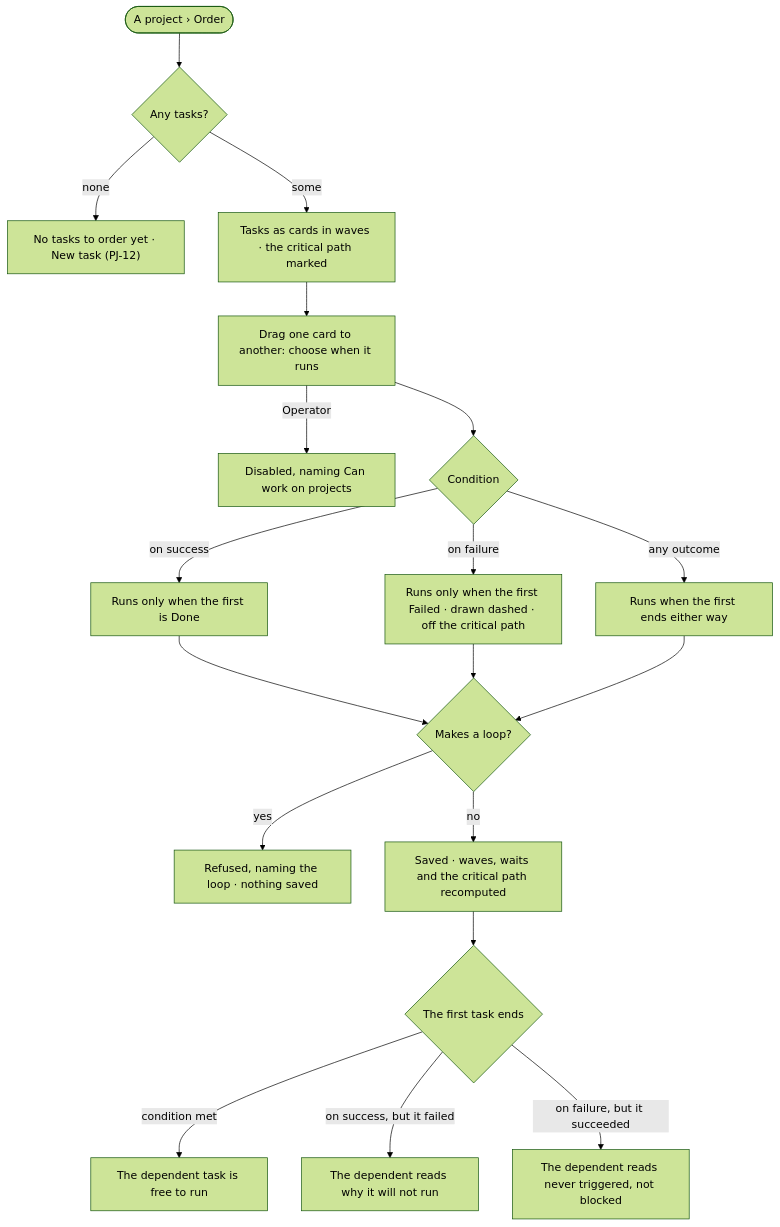
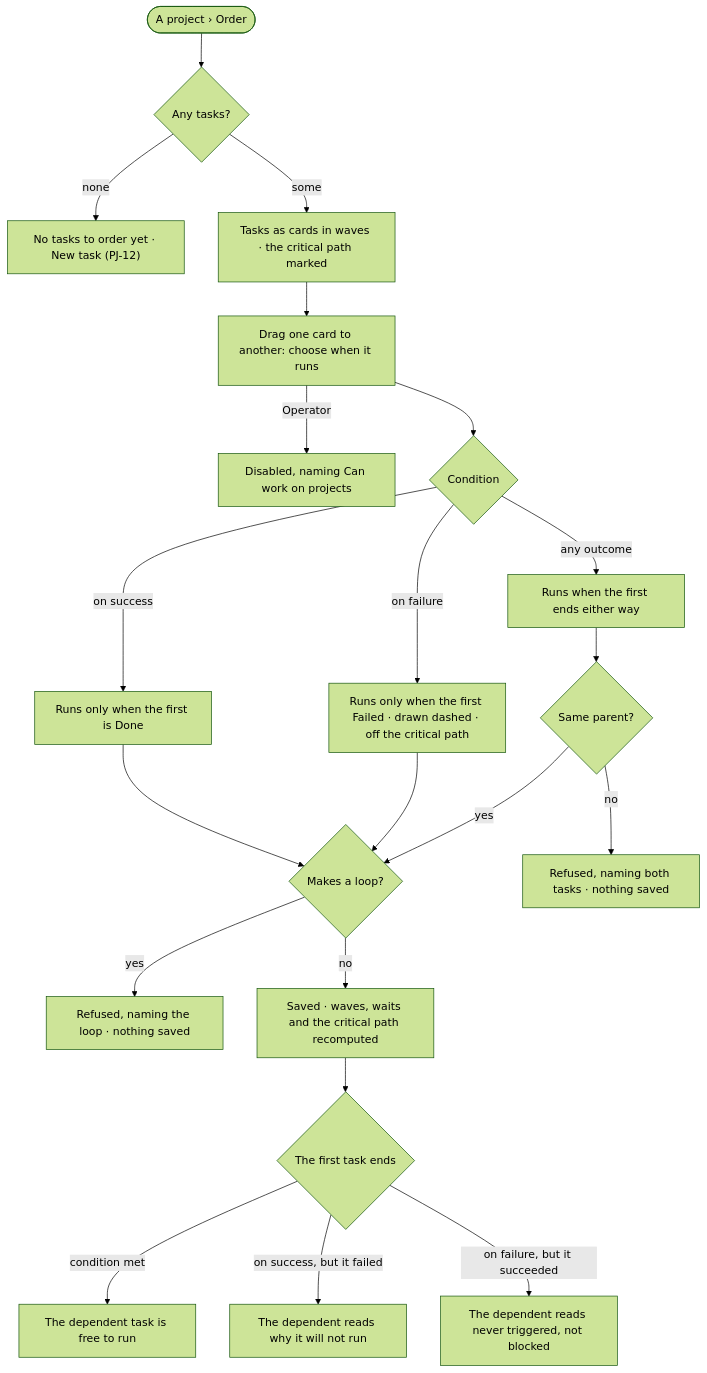
The diagram in specs/capabilities/projects/features/PJ-F01-projects-and-tasks/stories/PJ-18-order-tasks-by-what-they-wait-on/story.md (invana/invana), drawn with Mermaid (forest theme) before and after one commit. The commit also changed other lines of this file and 637 other files, not shown here.

````diff
--- a/specs/capabilities/projects/features/PJ-F01-projects-and-tasks/stories/PJ-18-order-tasks-by-what-they-wait-on/story.md
+++ b/specs/capabilities/projects/features/PJ-F01-projects-and-tasks/stories/PJ-18-order-tasks-by-what-they-wait-on/story.md
@@ -27,21 +27,23 @@
 ```mermaid
 flowchart TD
   s([A project › Order]) --> any{"Any tasks?"}
   any -->|none| e["No tasks to order yet · New task (PJ-12)"]
   any -->|some| pl["Tasks as cards in waves · the critical path marked"]
   pl --> dr["Drag one card to another: choose when it runs"]
   dr -->|Operator| na["Disabled, naming Can work on projects"]
   dr --> c{"Condition"}
   c -->|on success| os["Runs only when the first is Done"]
   c -->|on failure| of["Runs only when the first Failed · drawn dashed · off the critical path"]
   c -->|any outcome| oa["Runs when the first ends either way"]
   os --> chk
   of --> chk
-  oa --> chk{"Makes a loop?"}
+  oa --> sib{"Same parent?"}
+  sib -->|no| rsib["Refused, naming both tasks · nothing saved"]
+  sib -->|yes| chk{"Makes a loop?"}
   chk -->|yes| ref["Refused, naming the loop · nothing saved"]
   chk -->|no| ok["Saved · waves, waits and the critical path recomputed"]
   ok --> st{"The first task ends"}
   st -->|condition met| go["The dependent task is free to run"]
   st -->|on success, but it failed| bl["The dependent reads why it will not run"]
   st -->|on failure, but it succeeded| nt["The dependent reads never triggered, not blocked"]
 ```
````
